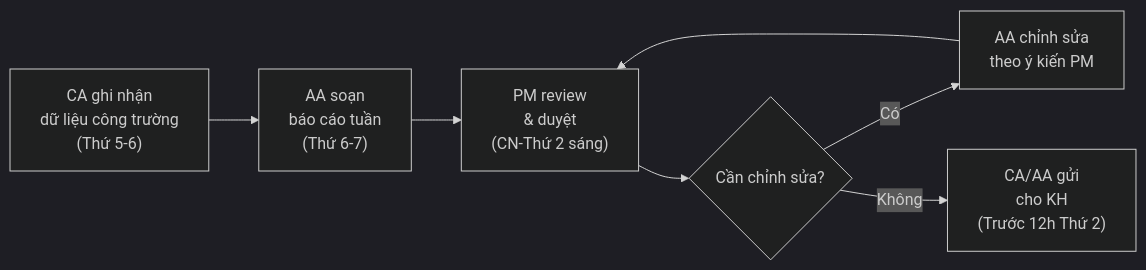
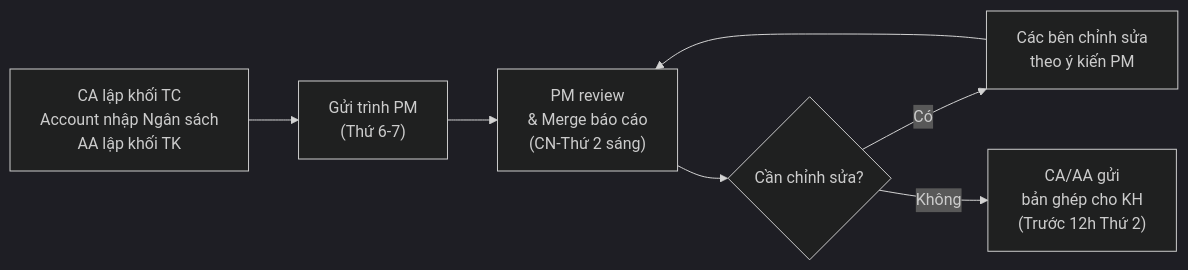
Before and after one commit to namdh9939/SOP-QLDA-TLXN: the diagram in 04-PM/bao-cao-review-dinh-ky.md, drawn with Mermaid (dark theme). The commit also changed other lines of this file and 15 other files, not shown here.

````diff
--- a/04-PM/bao-cao-review-dinh-ky.md
+++ b/04-PM/bao-cao-review-dinh-ky.md
@@ -36,9 +36,9 @@
 ```mermaid
 flowchart LR
-    A["CA ghi nhận<br/>dữ liệu công trường<br/>(Thứ 5-6)"] --> B["AA soạn<br/>báo cáo tuần<br/>(Thứ 6-7)"]
-    B --> C["PM review<br/>& duyệt<br/>(CN-Thứ 2 sáng)"]
+    A["CA lập khối TC<br/>Account nhập Ngân sách<br/>AA lập khối TK"] --> B["Gửi trình PM<br/>(Thứ 6-7)"]
+    B --> C["PM review<br/>& Merge báo cáo<br/>(CN-Thứ 2 sáng)"]
     C --> D{Cần chỉnh sửa?}
-    D -->|Có| E["AA chỉnh sửa<br/>theo ý kiến PM"]
+    D -->|Có| E["Các bên chỉnh sửa<br/>theo ý kiến PM"]
     E --> C
-    D -->|Không| F["CA/AA gửi<br/>cho KH<br/>(Trước 12h Thứ 2)"]
+    D -->|Không| F["CA/AA gửi<br/>bản ghép cho KH<br/>(Trước 12h Thứ 2)"]
 ```
````
